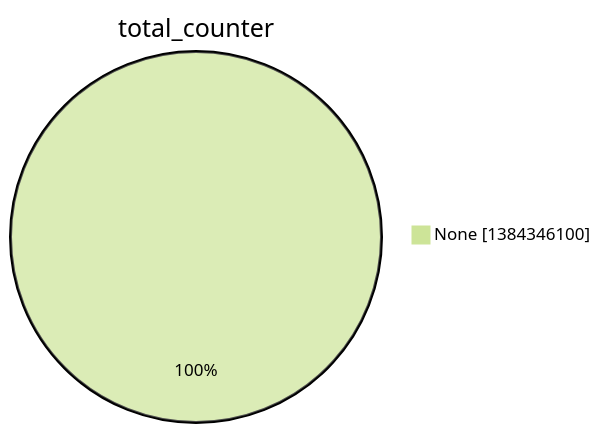
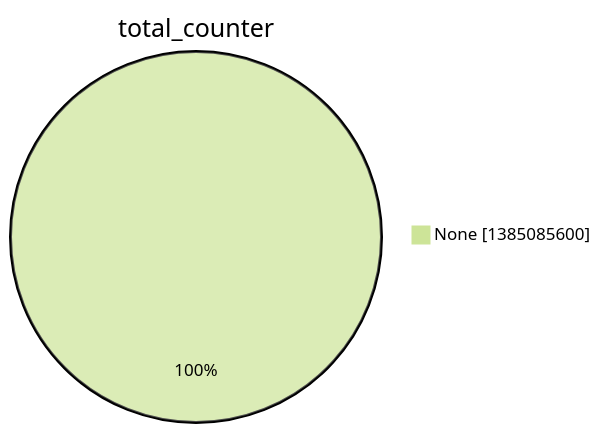
The second of 15 diagrams in argon2022/README.md (christiankrug/ctmonitor_visualization), drawn with Mermaid (forest theme) before and after one commit. The commit also changed other lines of this file, not shown here.

````diff
--- a/argon2022/README.md
+++ b/argon2022/README.md
@@ -9,5 +9,5 @@
 ```mermaid
 pie showData
 title total_counter
-"None" :1384346100
+"None" :1385085600
 ```
````
